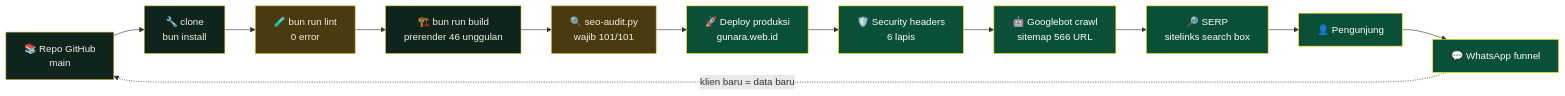
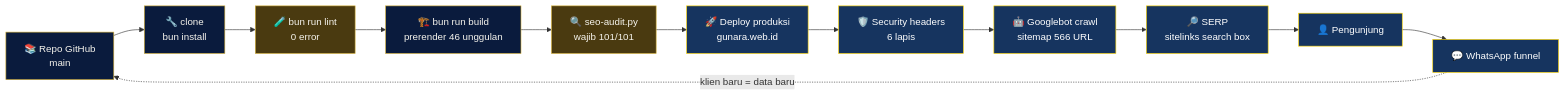
The ninth of 10 diagrams in README.md (gunaracorp/gunaraconsultant), drawn with Mermaid before and after one commit. The commit also changed other lines of this file and 33 other files, not shown here.

````diff
--- a/README.md
+++ b/README.md
@@ -565,21 +565,21 @@
 ```mermaid
 flowchart LR
     R["📚 Repo GitHub<br/>main"] --> C["🔧 clone<br/>bun install"]
     C --> V["🧪 bun run lint<br/>0 error"]
     V --> S["🏗️ bun run build<br/>prerender 46 unggulan"]
     S --> A["🔍 seo-audit.py<br/>wajib 101/101"]
     A --> D["🚀 Deploy produksi<br/>gunara.web.id"]
     D --> H["🛡️ Security headers<br/>6 lapis"]
     H --> G["🤖 Googlebot crawl<br/>sitemap 566 URL"]
     G --> SERP["🔎 SERP<br/>sitelinks search box"]
     SERP --> U["👤 Pengunjung"]
     U --> WA["💬 WhatsApp funnel"]
     WA -.->|"klien baru = data baru"| R
 
-    classDef code fill:#0f241d,stroke:#d4af37,color:#f5f0e6
-    classDef gate fill:#4a3a10,stroke:#d4af37,color:#f5f0e6
-    classDef hidup fill:#0a4f38,stroke:#ffd700,color:#ffffff
+    classDef code fill:#0a1b3d,stroke:#d4af37,color:#f7f5ee
+    classDef gate fill:#4a3a10,stroke:#d4af37,color:#f7f5ee
+    classDef hidup fill:#16345f,stroke:#ffd700,color:#ffffff
     class R,C,S code
     class V,A gate
     class D,H,G,SERP,U,WA hidup
 ```
````
